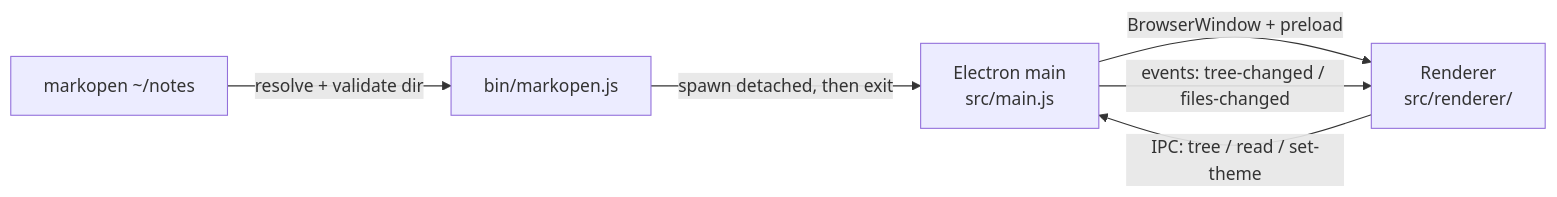
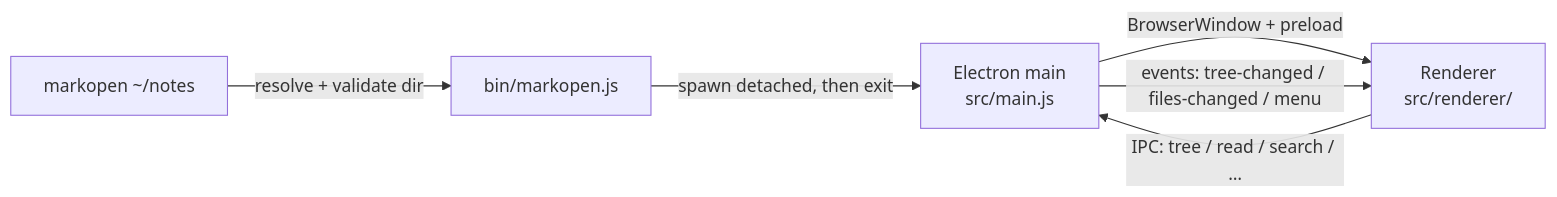
Before and after one commit to xadamz23/markopen: the diagram in docs/architecture.md, drawn with Mermaid. The commit also changed other lines of this file and 3 other files, not shown here.

````diff
--- a/docs/architecture.md
+++ b/docs/architecture.md
@@ -7,8 +7,8 @@
 ```mermaid
 flowchart LR
   A["markopen ~/notes"] -->|"resolve + validate dir"| B["bin/markopen.js"]
   B -->|"spawn detached, then exit"| C["Electron main<br/>src/main.js"]
   C -->|"BrowserWindow + preload"| D["Renderer<br/>src/renderer/"]
-  D -->|"IPC: tree / read / set-theme"| C
-  C -->|"events: tree-changed / files-changed"| D
+  D -->|"IPC: tree / read / search / …"| C
+  C -->|"events: tree-changed / files-changed / menu"| D
 ```
````
